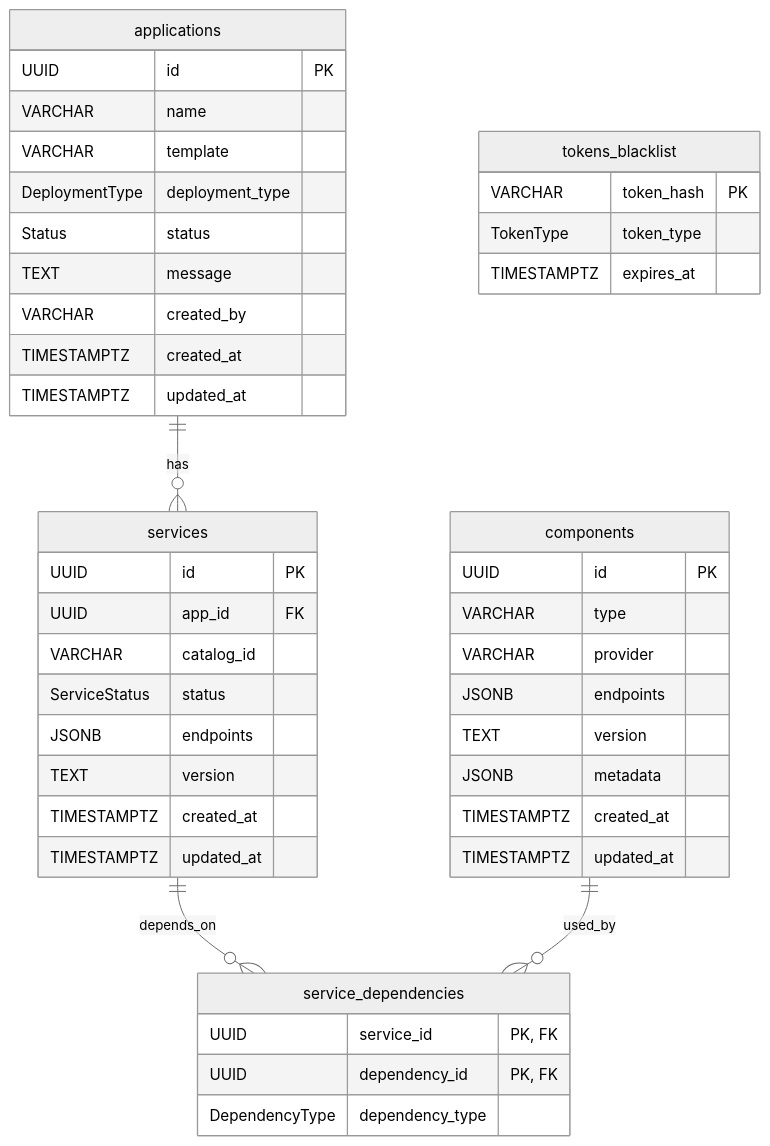
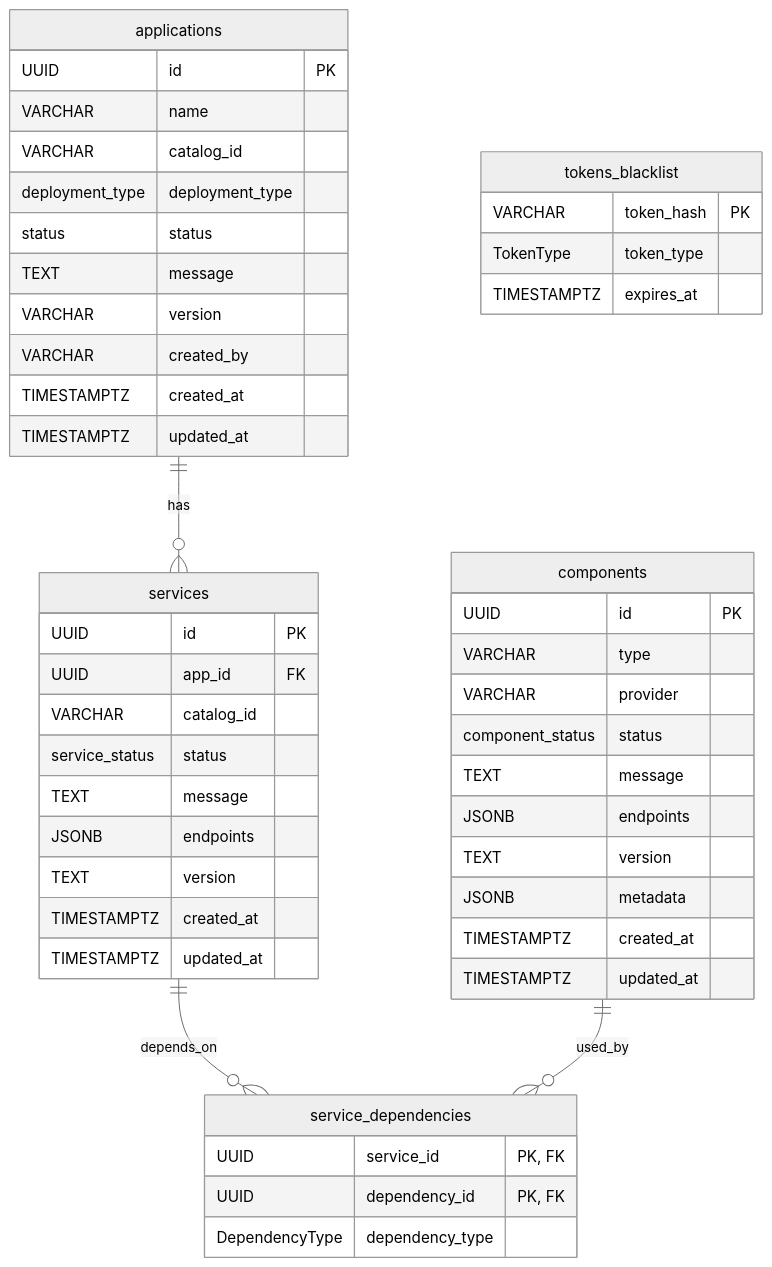
The diagram in docs/proposals/catalog/db-design-proposal.md (IBM/project-ai-services), drawn with Mermaid (neutral theme) before and after one commit. The commit also changed other lines of this file, not shown here.

Commit message:
Update Catalog DB proposal

````diff
--- a/docs/proposals/catalog/db-design-proposal.md
+++ b/docs/proposals/catalog/db-design-proposal.md
@@ -211,52 +231,56 @@
 ```mermaid
 erDiagram
     applications ||--o{ services : "has"
     services ||--o{ service_dependencies : "depends_on"
     components ||--o{ service_dependencies : "used_by"
     
     applications {
         UUID id PK
         VARCHAR name
-        VARCHAR template
-        DeploymentType deployment_type
-        Status status
+        VARCHAR catalog_id
+        deployment_type deployment_type
+        status status
         TEXT message
+        VARCHAR version
         VARCHAR created_by
         TIMESTAMPTZ created_at
         TIMESTAMPTZ updated_at
     }
     
     services {
         UUID id PK
         UUID app_id FK
         VARCHAR catalog_id
-        ServiceStatus status
+        service_status status
+        TEXT message
         JSONB endpoints
         TEXT version
         TIMESTAMPTZ created_at
         TIMESTAMPTZ updated_at
     }
     
     components {
         UUID id PK
         VARCHAR type
         VARCHAR provider
+        component_status status
+        TEXT message
         JSONB endpoints
         TEXT version
         JSONB metadata
         TIMESTAMPTZ created_at
         TIMESTAMPTZ updated_at
     }
     
     service_dependencies {
         UUID service_id "PK, FK"
         UUID dependency_id "PK, FK"
         DependencyType dependency_type
     }
     
     tokens_blacklist {
         VARCHAR token_hash PK
         TokenType token_type
         TIMESTAMPTZ expires_at
     }
 ```
````
